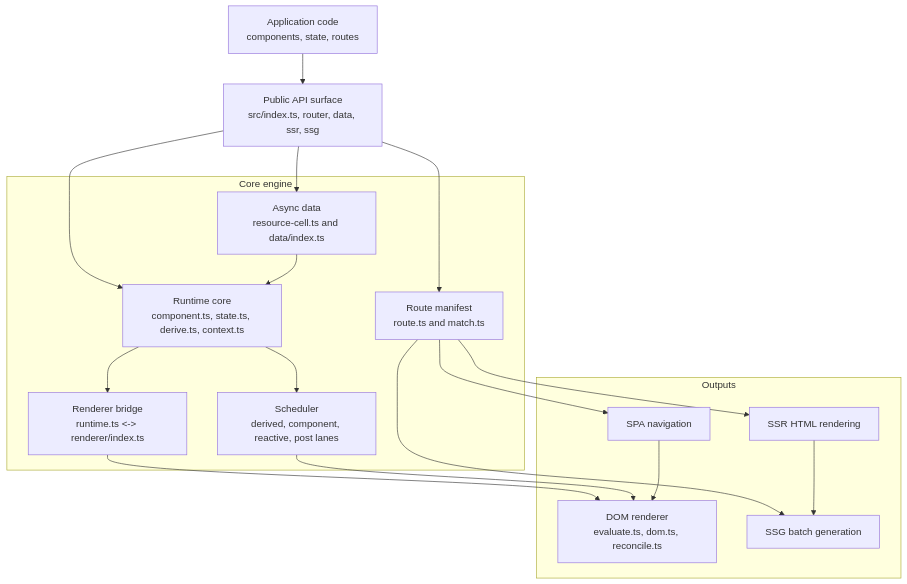
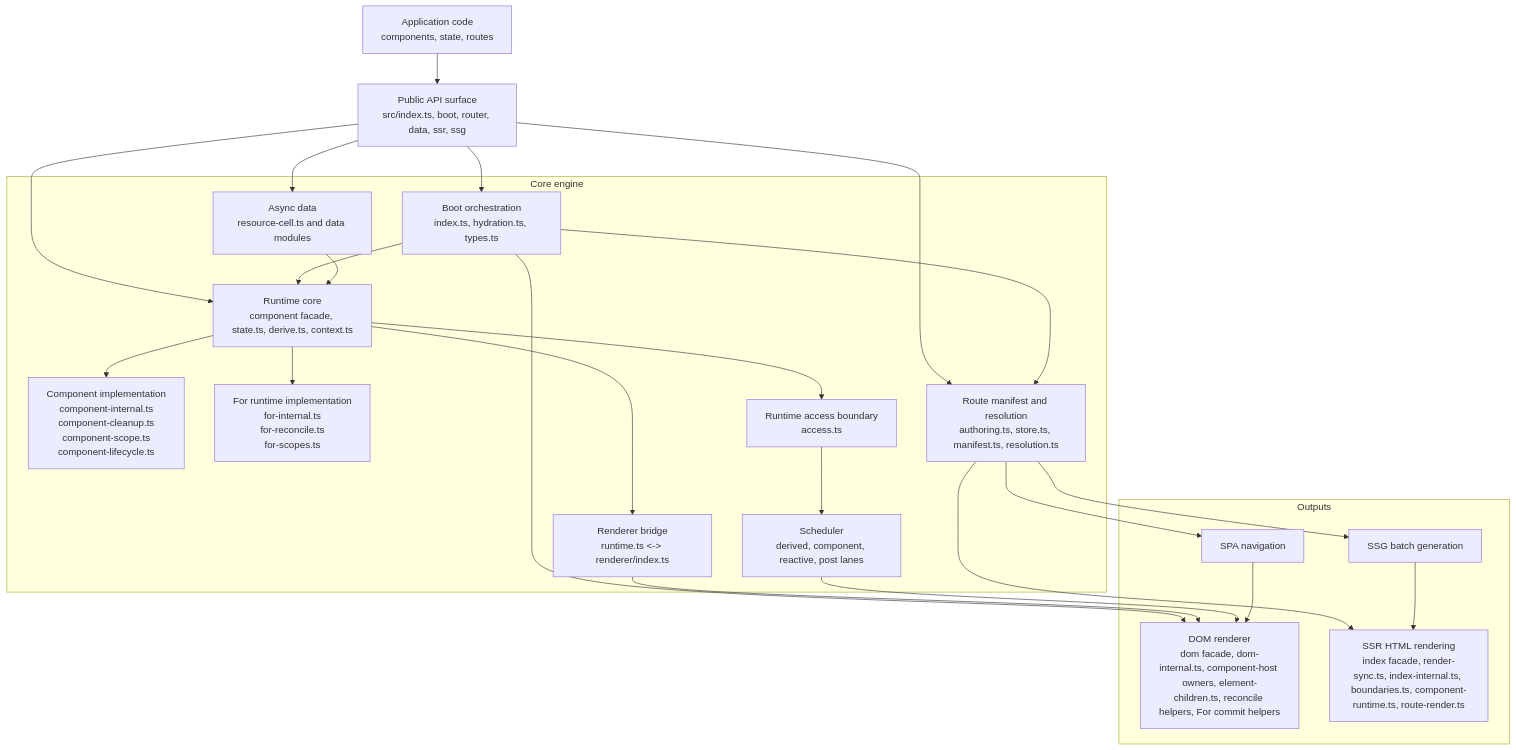
Before and after one commit to askrjs/askr: the first of 2 diagrams in docs/internals/core-engine-design.md, drawn with Mermaid. The commit also changed other lines of this file and 154 other files, not shown here.

First line of the commit message:
Add direct audit coverage for architecture cleanup (#54)

````diff
--- a/docs/internals/core-engine-design.md
+++ b/docs/internals/core-engine-design.md
@@ -15,35 +15,46 @@
 ```mermaid
 flowchart TB
   app[Application code<br/>components, state, routes]
-  publicApi[Public API surface<br/>src/index.ts, router, data, ssr, ssg]
+  publicApi[Public API surface<br/>src/index.ts, boot, router, data, ssr, ssg]
 
   subgraph engine[Core engine]
-    runtime[Runtime core<br/>component.ts, state.ts, derive.ts, context.ts]
+    boot[Boot orchestration<br/>index.ts, hydration.ts, types.ts]
+    runtime[Runtime core<br/>component facade, state.ts, derive.ts, context.ts]
+    componentCore[Component implementation<br/>component-internal.ts<br/>component-cleanup.ts<br/>component-scope.ts<br/>component-lifecycle.ts]
+    forCore[For runtime implementation<br/>for-internal.ts<br/>for-reconcile.ts<br/>for-scopes.ts]
+    runtimeAccess[Runtime access boundary<br/>access.ts]
     scheduler[Scheduler<br/>derived, component, reactive, post lanes]
     rendererBridge[Renderer bridge<br/>runtime.ts <-> renderer/index.ts]
-    routerManifest[Route manifest<br/>route.ts and match.ts]
-    asyncData[Async data<br/>resource-cell.ts and data/index.ts]
+    routerManifest[Route manifest and resolution<br/>authoring.ts, store.ts, manifest.ts, resolution.ts]
+    asyncData[Async data<br/>resource-cell.ts and data modules]
   end
 
   subgraph outputs[Outputs]
-    dom[DOM renderer<br/>evaluate.ts, dom.ts, reconcile.ts]
+    dom[DOM renderer<br/>dom facade, dom-internal.ts, component-host owners, element-children.ts, reconcile helpers, For commit helpers]
     spa[SPA navigation]
-    ssr[SSR HTML rendering]
+    ssr[SSR HTML rendering<br/>index facade, render-sync.ts, index-internal.ts, boundaries.ts, component-runtime.ts, route-render.ts]
     ssg[SSG batch generation]
   end
 
   app --> publicApi
+  publicApi --> boot
   publicApi --> runtime
   publicApi --> routerManifest
   publicApi --> asyncData
-  runtime --> scheduler
+  boot --> runtime
+  boot --> routerManifest
+  boot --> dom
+  runtime --> runtimeAccess
+  runtime --> componentCore
+  runtime --> forCore
+  runtimeAccess --> scheduler
   runtime --> rendererBridge
   asyncData --> runtime
   routerManifest --> spa
   routerManifest --> ssr
   routerManifest --> ssg
   rendererBridge --> dom
   scheduler --> dom
   spa --> dom
-  ssr --> ssg
+  ssg --> ssr
 ```
````
